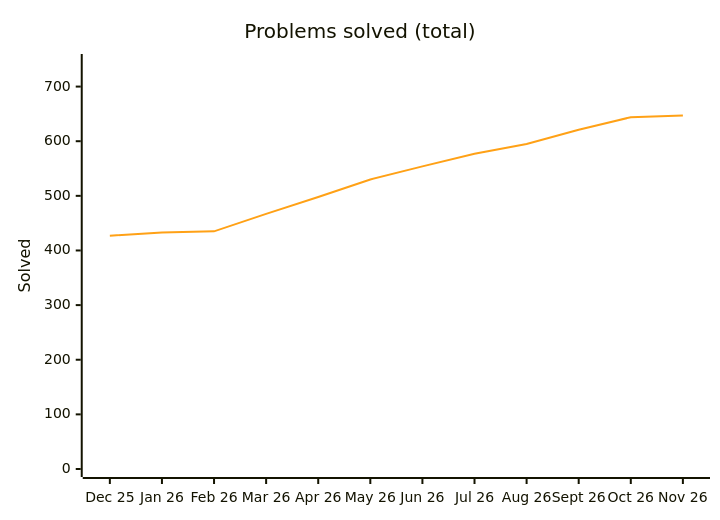
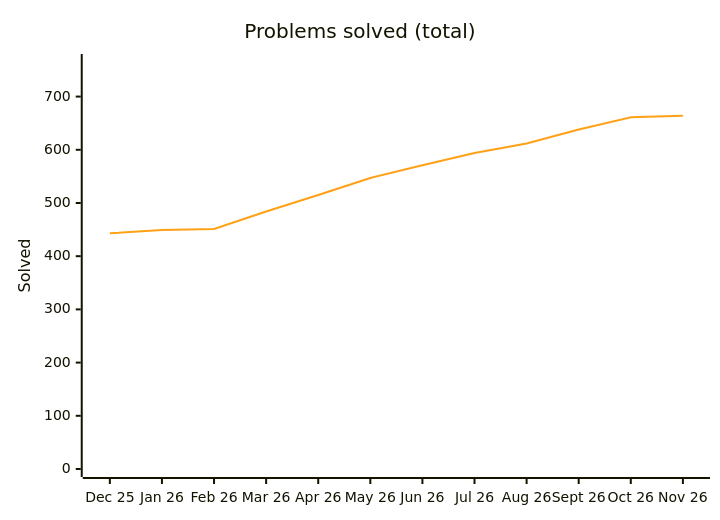
The diagram in README.md (Ved-u/Java-DSA), drawn with Mermaid before and after one commit. The commit also changed other lines of this file and 21 other files, not shown here.

````diff
--- a/README.md
+++ b/README.md
@@ -53,8 +53,8 @@
 ```mermaid
 %%{init: {"themeVariables": {"xyChart": {"plotColorPalette": "#ffa116"}}}}%%
 xychart-beta
     title "Problems solved (total)"
     x-axis ["Dec 25", "Jan 26", "Feb 26", "Mar 26", "Apr 26", "May 26", "Jun 26", "Jul 26", "Aug 26", "Sept 26", "Oct 26", "Nov 26"]
-    y-axis "Solved" 0 --> 745
-    line [427, 433, 435, 467, 498, 530, 554, 577, 595, 621, 644, 647]
+    y-axis "Solved" 0 --> 765
+    line [443, 449, 451, 484, 515, 547, 571, 594, 612, 638, 661, 664]
 ```
````
